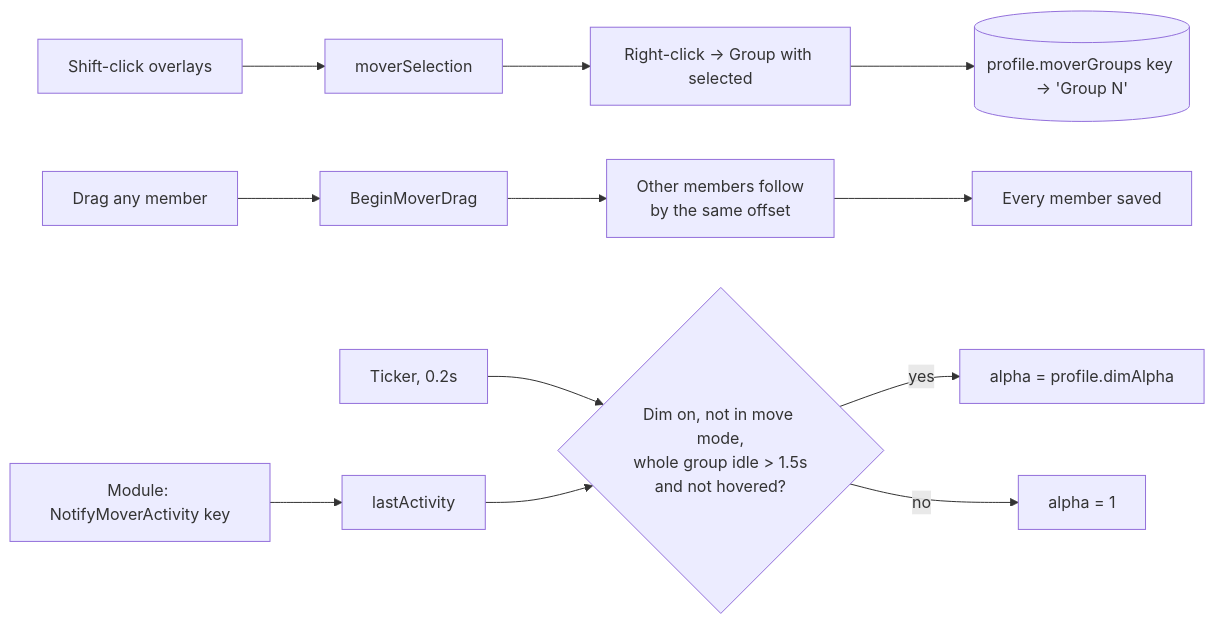
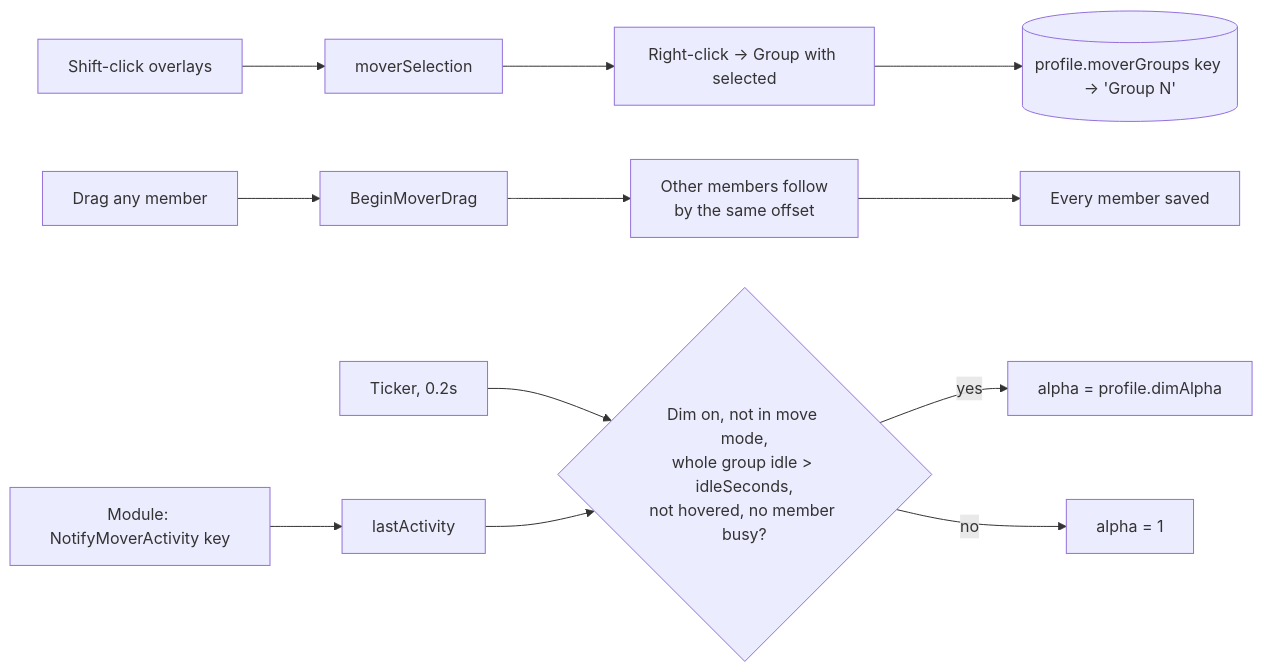
Before and after one commit to PhillypHenning/grimoire: the fourth of 4 diagrams in docs/features/core/README.md, drawn with Mermaid. The commit also changed other lines of this file and 19 other files, not shown here.

````diff
--- a/docs/features/core/README.md
+++ b/docs/features/core/README.md
@@ -114,11 +132,11 @@
 ```mermaid
 flowchart LR
     Shift[Shift-click overlays] --> Sel[moverSelection]
     Sel --> G["Right-click → Group with selected"] --> DB[(profile.moverGroups key → 'Group N')]
     Drag[Drag any member] --> Begin[BeginMoverDrag] --> Follow[Other members follow<br/>by the same offset] --> Save[Every member saved]
     Act[Module: NotifyMoverActivity key] --> Last[lastActivity]
-    Tick[Ticker, 0.2s] --> Idle{"Dim on, not in move mode,<br/>whole group idle > 1.5s<br/>and not hovered?"}
+    Tick[Ticker, 0.2s] --> Idle{"Dim on, not in move mode,<br/>whole group idle > idleSeconds,<br/>not hovered, no member busy?"}
     Last --> Idle
     Idle -- yes --> A1[alpha = profile.dimAlpha]
     Idle -- no --> A2[alpha = 1]
 ```
````
